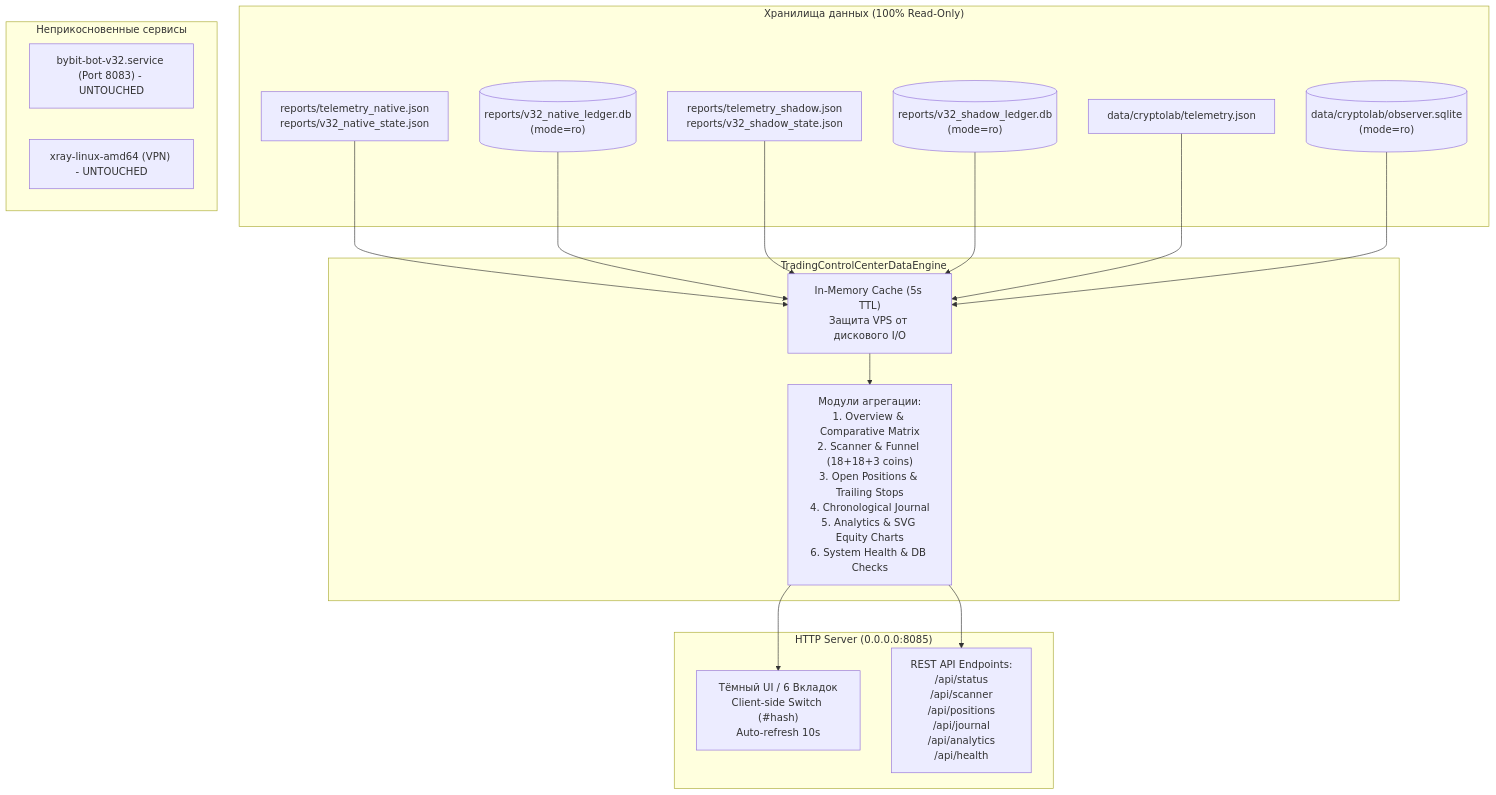
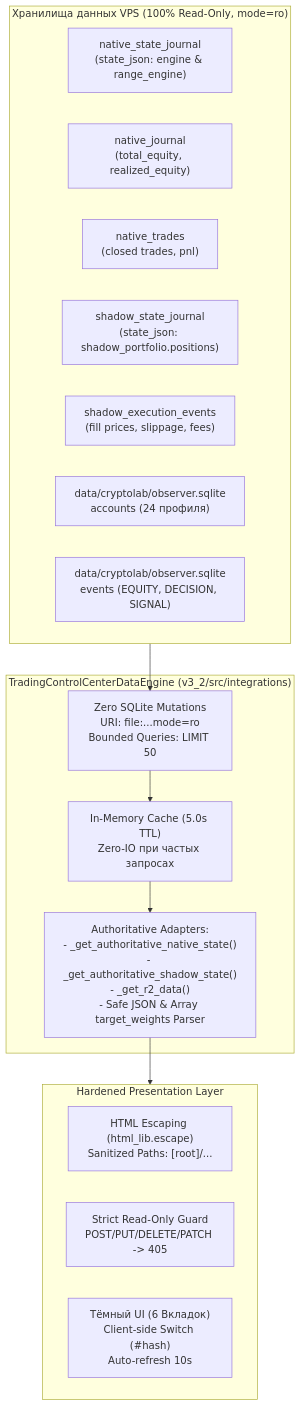
The diagram in reports/acceptance_001/DASHBOARD_OBSERVABILITY_001_REPORT.md (samtur513/bybit-alpha-bot-SAM), drawn with Mermaid before and after one commit. The commit also changed other lines of this file and 6 other files, not shown here.

Commit message:
fix(dashboard): resolve REPAIR-002 audit findings with real SQLite schemas and XSS hardening

````diff
--- a/reports/acceptance_001/DASHBOARD_OBSERVABILITY_001_REPORT.md
+++ b/reports/acceptance_001/DASHBOARD_OBSERVABILITY_001_REPORT.md
@@ -18,37 +18,29 @@
 ```mermaid
 flowchart TD
-    subgraph Storage ["Хранилища данных (100% Read-Only)"]
-        NAT_JSON["reports/telemetry_native.json\nreports/v32_native_state.json"]
-        NAT_DB[("reports/v32_native_ledger.db\n(mode=ro)")]
-        SHA_JSON["reports/telemetry_shadow.json\nreports/v32_shadow_state.json"]
-        SHA_DB[("reports/v32_shadow_ledger.db\n(mode=ro)")]
-        R2_JSON["data/cryptolab/telemetry.json"]
-        R2_DB[("data/cryptolab/observer.sqlite\n(mode=ro)")]
+    subgraph Storage ["Хранилища данных VPS (100% Read-Only, mode=ro)"]
+        NAT_STATE["native_state_journal\n(state_json: engine & range_engine)"]
+        NAT_JRN["native_journal\n(total_equity, realized_equity)"]
+        NAT_TRD["native_trades\n(closed trades, pnl)"]
+        SHA_STATE["shadow_state_journal\n(state_json: shadow_portfolio.positions)"]
+        SHA_EVT["shadow_execution_events\n(fill prices, slippage, fees)"]
+        R2_ACC["data/cryptolab/observer.sqlite\naccounts (24 профиля)"]
+        R2_EVT["data/cryptolab/observer.sqlite\nevents (EQUITY, DECISION, SIGNAL)"]
     end
 
-    subgraph DataEngine ["TradingControlCenterDataEngine"]
-        CACHE["In-Memory Cache (5s TTL)\nЗащита VPS от дискового I/O"]
-        AGG["Модули агрегации:\n1. Overview & Comparative Matrix\n2. Scanner & Funnel (18+18+3 coins)\n3. Open Positions & Trailing Stops\n4. Chronological Journal\n5. Analytics & SVG Equity Charts\n6. System Health & DB Checks"]
+    subgraph DataEngine ["TradingControlCenterDataEngine (v3_2/src/integrations)"]
+        CACHE["In-Memory Cache (5.0s TTL)\nZero-IO при частых запросах"]
+        RO_DB["Zero SQLite Mutations\nURI: file:...mode=ro\nBounded Queries: LIMIT 50"]
+        ADAPTERS["Authoritative Adapters:\n- _get_authoritative_native_state()\n- _get_authoritative_shadow_state()\n- _get_r2_data()\n- Safe JSON & Array target_weights Parser"]
     end
 
-    subgraph Presentation ["HTTP Server (0.0.0.0:8085)"]
-        UI["Тёмный UI / 6 Вкладок\nClient-side Switch (#hash)\nAuto-refresh 10s"]
-        REST["REST API Endpoints:\n/api/status\n/api/scanner\n/api/positions\n/api/journal\n/api/analytics\n/api/health"]
+    subgraph Security ["Hardened Presentation Layer"]
+        XSS["HTML Escaping (html_lib.escape)\nSanitized Paths: [root]/..."]
+        RO_GUARD["Strict Read-Only Guard\nPOST/PUT/DELETE/PATCH -> 405"]
+        UI["Тёмный UI (6 Вкладок)\nClient-side Switch (#hash)\nAuto-refresh 10s"]
     end
 
-    NAT_JSON --> CACHE
-    NAT_DB --> CACHE
-    SHA_JSON --> CACHE
-    SHA_DB --> CACHE
-    R2_JSON --> CACHE
-    R2_DB --> CACHE
-
-    CACHE --> AGG
-    AGG --> UI
-    AGG --> REST
-
-    subgraph Isolation ["Неприкосновенные сервисы"]
-        V32["bybit-bot-v32.service (Port 8083) - UNTOUCHED"]
-        VPN["xray-linux-amd64 (VPN) - UNTOUCHED"]
-    end
+    Storage --> RO_DB
+    RO_DB --> CACHE
+    CACHE --> ADAPTERS
+    ADAPTERS --> Security
 ```
````
